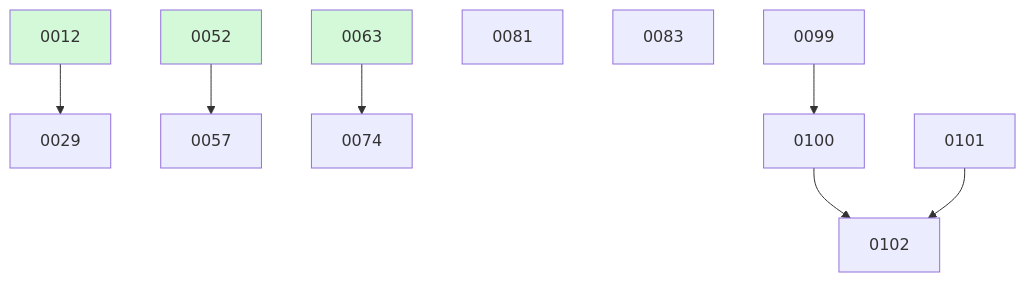
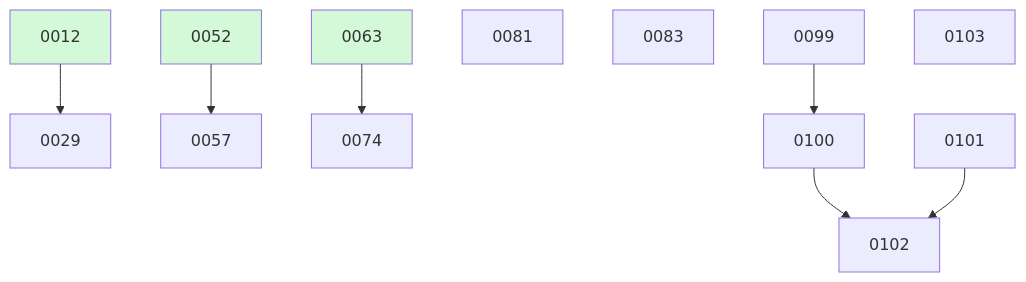
The diagram in docs/changes/BOARD.md (ethanhinson/fuse), drawn with Mermaid before and after one commit. The commit also changed other lines of this file and 1 other file, not shown here.

````diff
--- a/docs/changes/BOARD.md
+++ b/docs/changes/BOARD.md
@@ -34,17 +35,18 @@
 ```mermaid
 graph TD
   0012 --> 0029
   0052 --> 0057
   0063 --> 0074
   0081
   0083
   0099
   0099 --> 0100
   0101
   0100 --> 0102
   0101 --> 0102
+  0103
   0012:::done
   0052:::done
   0063:::done
   classDef done fill:#d3f9d8;
 ```
````
